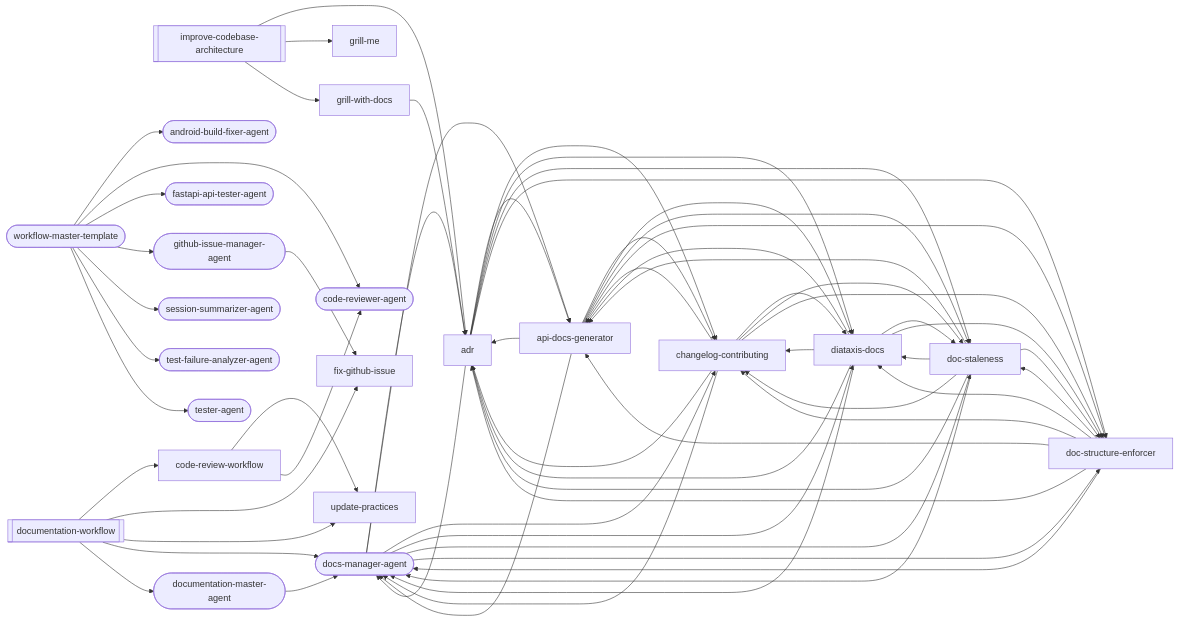
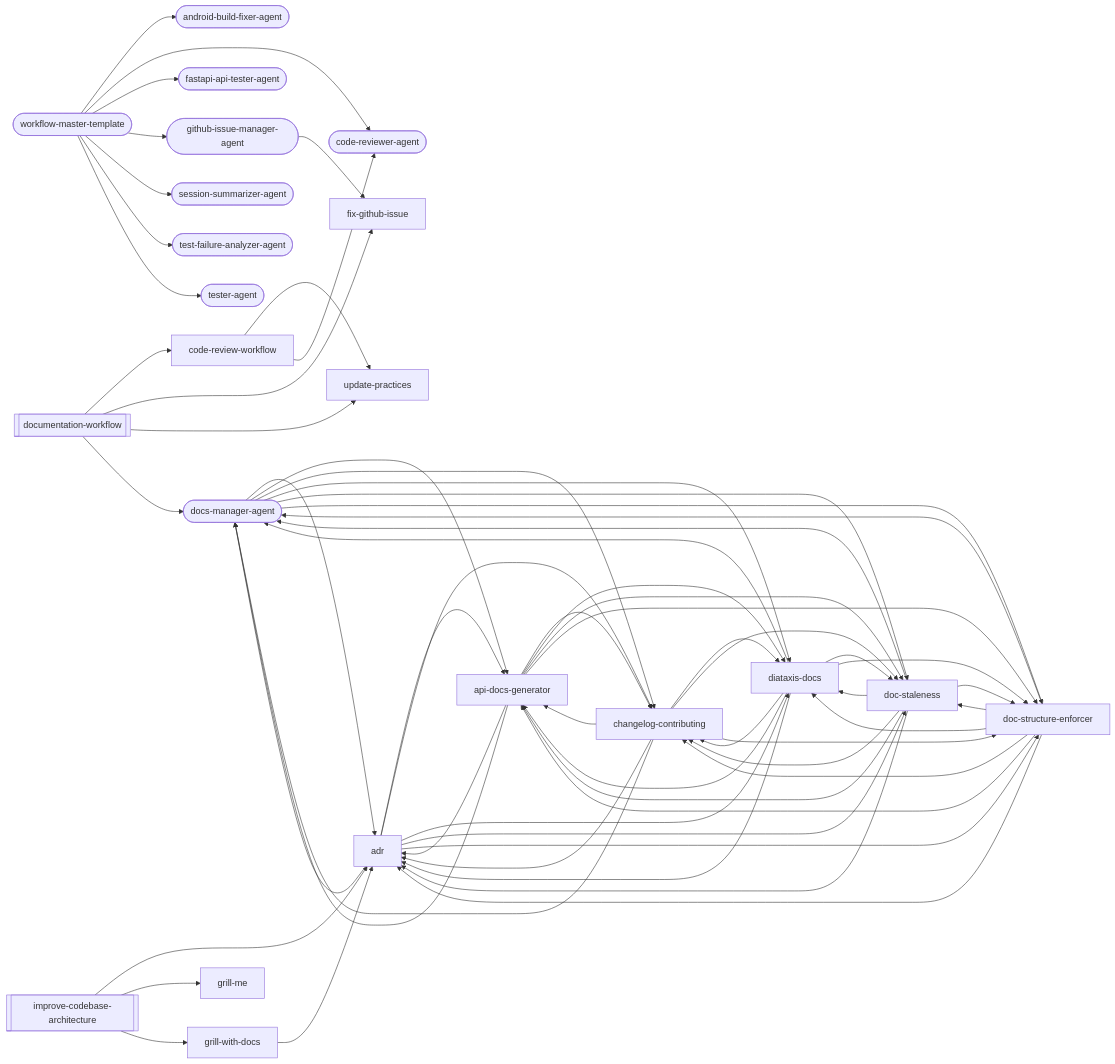
Before and after one commit to abhayla/claude-best-practices: the fourth of 17 diagrams in docs/workflows/documentation.md, drawn with Mermaid. The commit also changed other lines of this file and 29 other files, not shown here.

```diff
--- a/docs/workflows/documentation.md
+++ b/docs/workflows/documentation.md
@@ -675,7 +668,6 @@
     doc_staleness["doc-staleness"]
     doc_structure_enforcer["doc-structure-enforcer"]
     docs_manager_agent(["docs-manager-agent"])
-    documentation_master_agent(["documentation-master-agent"])
     fastapi_api_tester_agent(["fastapi-api-tester-agent"])
     fix_github_issue["fix-github-issue"]
     github_issue_manager_agent(["github-issue-manager-agent"])
@@ -727,7 +719,6 @@
     documentation_workflow --> fix_github_issue
     documentation_workflow --> update_practices
     documentation_workflow --> docs_manager_agent
-    documentation_workflow --> documentation_master_agent
     grill_with_docs --> adr
     improve_codebase_architecture --> adr
     improve_codebase_architecture --> grill_me
@@ -738,7 +729,6 @@
     docs_manager_agent --> diataxis_docs
     docs_manager_agent --> doc_staleness
     docs_manager_agent --> doc_structure_enforcer
-    documentation_master_agent --> docs_manager_agent
     github_issue_manager_agent --> fix_github_issue
     workflow_master_template --> android_build_fixer_agent
     workflow_master_template --> code_reviewer_agent
```
